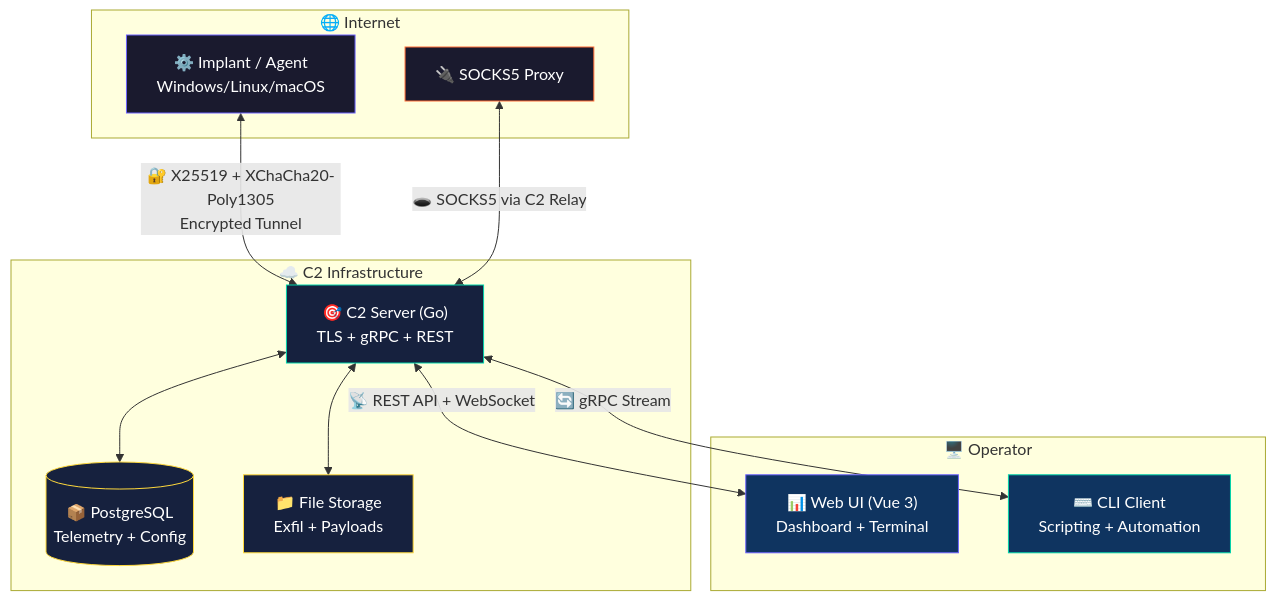
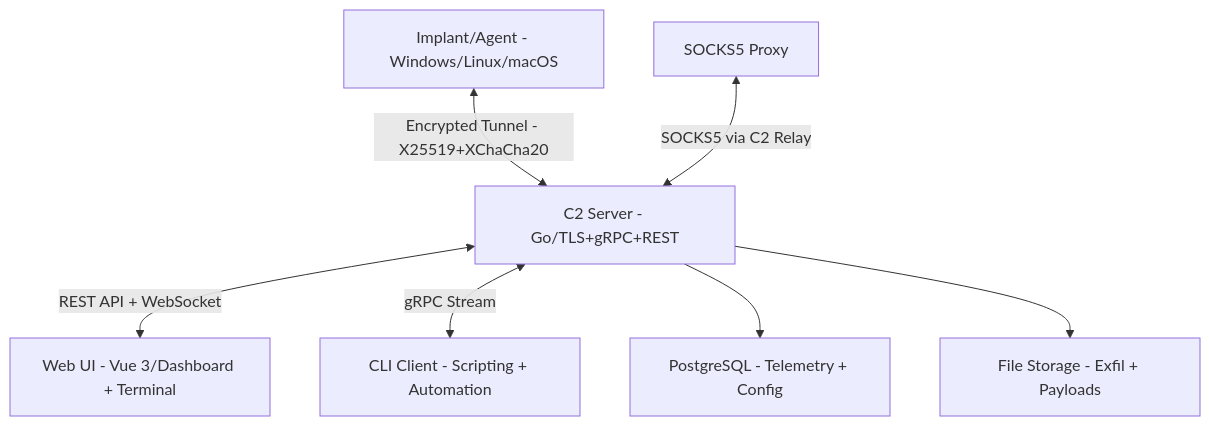
The diagram in README.md (Ruby570bocadito/Pulse-C2), drawn with Mermaid before and after one commit.

Commit message:
fix: simplify Mermaid diagrams to fix rendering error

````diff
--- a/README.md
+++ b/README.md
@@ -32,33 +32,17 @@
 ```mermaid
 graph TB
-    subgraph "🌐 Internet"
-        A[⚙️ Implant / Agent<br/>Windows/Linux/macOS]
-        S5[🔌 SOCKS5 Proxy]
-    end
+    Client[Implant/Agent - Windows/Linux/macOS]
+    Proxy[SOCKS5 Proxy]
+    Server[C2 Server - Go/TLS+gRPC+REST]
+    DB[PostgreSQL - Telemetry + Config]
+    FS[File Storage - Exfil + Payloads]
+    UI[Web UI - Vue 3/Dashboard + Terminal]
+    CLI[CLI Client - Scripting + Automation]
 
-    subgraph "☁️ C2 Infrastructure"
-        C2["🎯 C2 Server (Go)<br/>TLS + gRPC + REST"]
-        DB[(📦 PostgreSQL<br/>Telemetry + Config)]
-        FS[📁 File Storage<br/>Exfil + Payloads]
-    end
-
-    subgraph "🖥️ Operator"
-        UI["📊 Web UI (Vue 3)<br/>Dashboard + Terminal"]
-        CLI["⌨️ CLI Client<br/>Scripting + Automation"]
-    end
-
-    A <-->|"🔐 X25519 + XChaCha20-Poly1305<br/>Encrypted Tunnel"| C2
-    C2 <-->|"📡 REST API + WebSocket"| UI
-    C2 <-->|"🔄 gRPC Stream"| CLI
-    S5 <-->|"🕳️ SOCKS5 via C2 Relay"| C2
-    C2 <--> DB
-    C2 <--> FS
-
-    style A fill:#1a1a2e,stroke:#6C63FF,color:#fff
-    style C2 fill:#16213e,stroke:#00D4AA,color:#fff
-    style UI fill:#0f3460,stroke:#6C63FF,color:#fff
-    style S5 fill:#1a1a2e,stroke:#FF6B35,color:#fff
-    style DB fill:#16213e,stroke:#FFD93D,color:#fff
-    style FS fill:#16213e,stroke:#FFD93D,color:#fff
-    style CLI fill:#0f3460,stroke:#00D4AA,color:#fff
+    Client <-->|Encrypted Tunnel - X25519+XChaCha20| Server
+    Server <-->|REST API + WebSocket| UI
+    Server <-->|gRPC Stream| CLI
+    Proxy <-->|SOCKS5 via C2 Relay| Server
+    Server --> DB
+    Server --> FS
 ```
````
